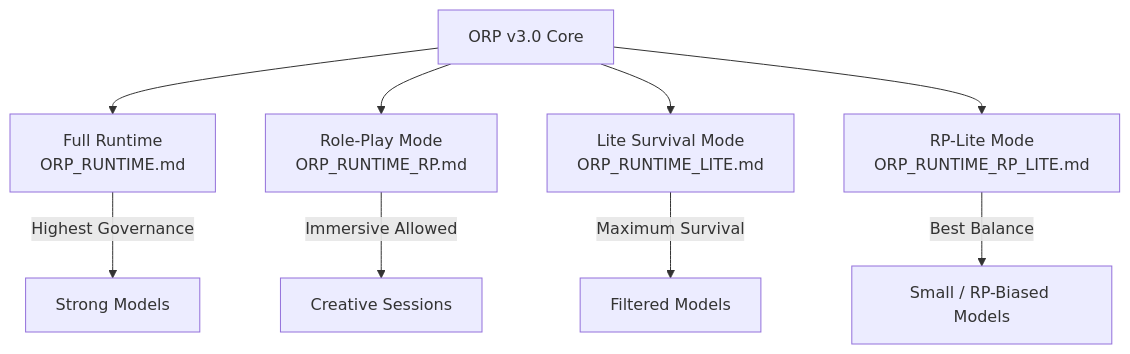
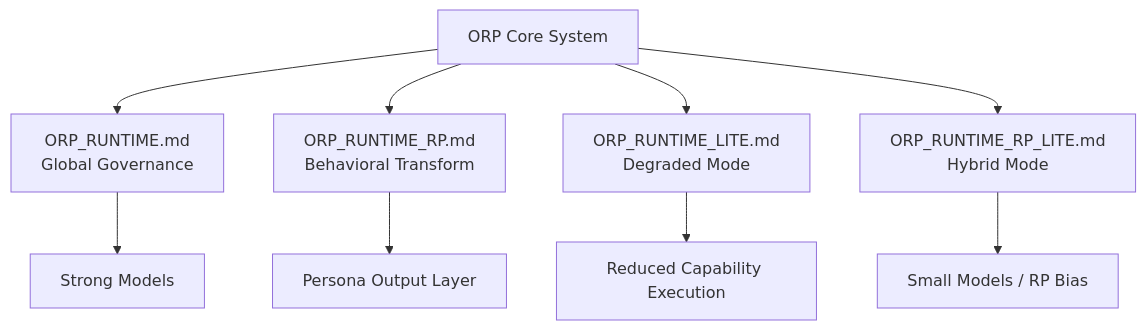
One commit to GeneralSergal/ORP changed the diagram in Runtime/ORP_RUNTIME_VARIANTS.md. Above: the diagram before and after it, drawn with Mermaid. The commit also changed other lines of this file, not shown here.

`````diff
--- a/Runtime/ORP_RUNTIME_VARIANTS.md
+++ b/Runtime/ORP_RUNTIME_VARIANTS.md
@@ -23,17 +123,19 @@
 ```mermaid
 flowchart TD
-    A[ORP v3.0 Core] --> B[Full Runtime<br>ORP_RUNTIME.md]
-    A --> C[Role-Play Mode<br>ORP_RUNTIME_RP.md]
-    A --> D[Lite Survival Mode<br>ORP_RUNTIME_LITE.md]
-    A --> E[RP-Lite Mode<br>ORP_RUNTIME_RP_LITE.md]
+    A[ORP Core System] --> B[ORP_RUNTIME.md<br>Global Governance]
 
-    B -->|Highest Governance| F[Strong Models]
-    C -->|Immersive Allowed| G[Creative Sessions]
-    D -->|Maximum Survival| H[Filtered Models]
-    E -->|Best Balance| I[Small / RP-Biased Models]
+    A --> C[ORP_RUNTIME_RP.md<br>Behavioral Transform]
+    A --> D[ORP_RUNTIME_LITE.md<br>Degraded Mode]
+    A --> E[ORP_RUNTIME_RP_LITE.md<br>Hybrid Mode]
 
-    click B href "ORP_RUNTIME.md" "Open Full Runtime"
+    B --> F[Strong Models]
+
+    C --> G[Persona Output Layer]
+    D --> H[Reduced Capability Execution]
+    E --> I[Small Models / RP Bias]
+
+    click B href "ORP_RUNTIME.md" "Open Runtime"
     click C href "ORP_RUNTIME_RP.md" "Open RP Mode"
     click D href "ORP_RUNTIME_LITE.md" "Open Lite Mode"
     click E href "ORP_RUNTIME_RP_LITE.md" "Open RP-Lite Mode"
-```
+````
`````
